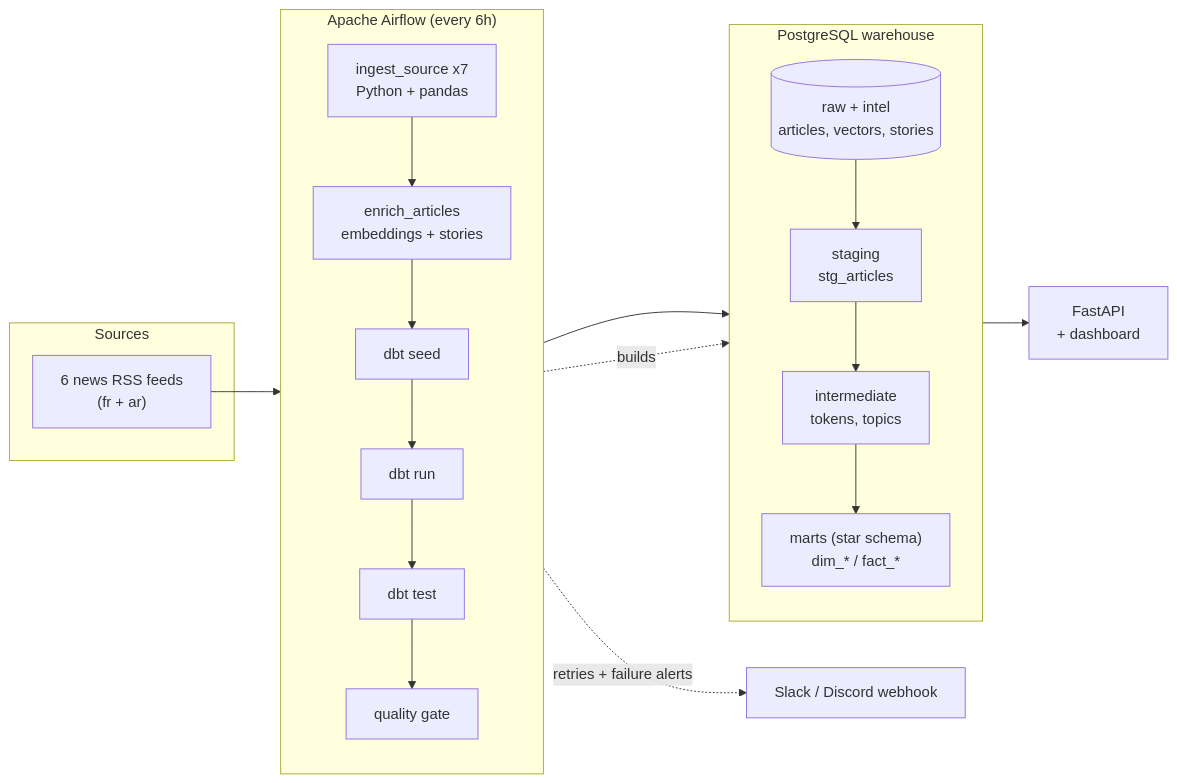
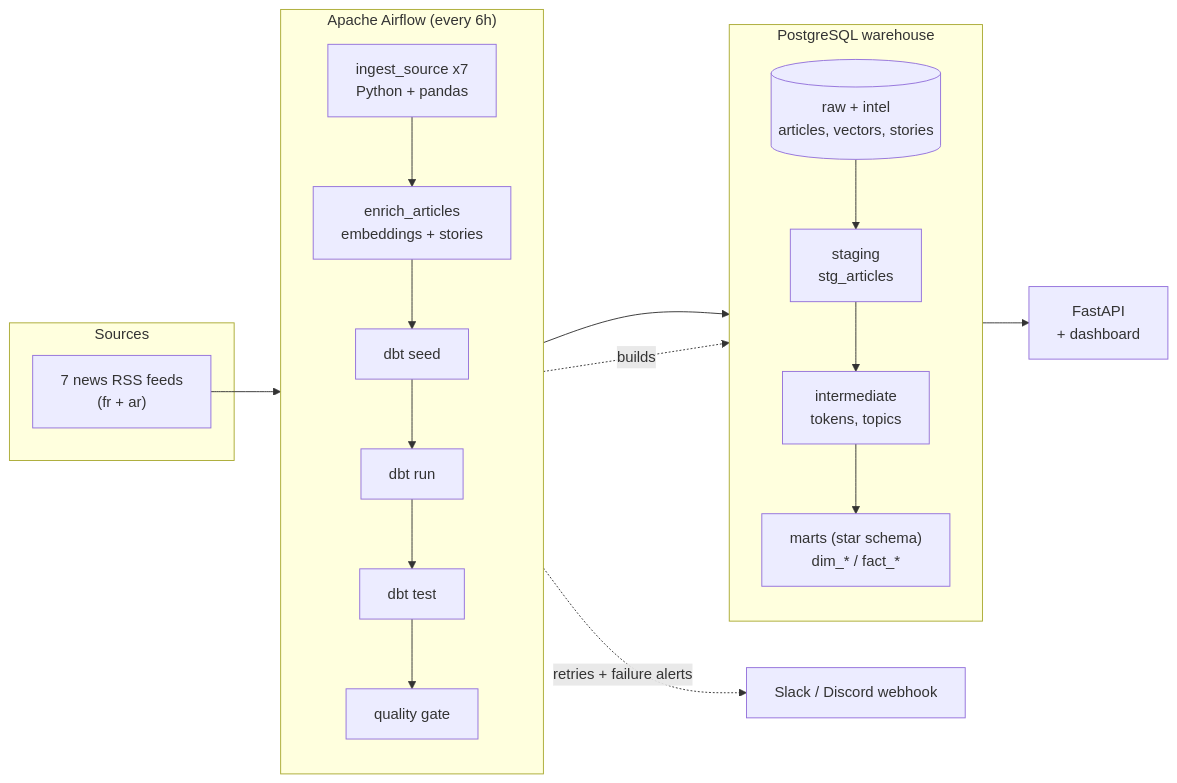
One commit to AbidZakaria/dz-news-pulse changed the diagram in README.md. Above: the diagram before and after it, drawn with Mermaid. The commit also changed other lines of this file and 35 other files, not shown here.

````diff
--- a/README.md
+++ b/README.md
@@ -66,22 +96,22 @@
 ```mermaid
 flowchart LR
     subgraph Sources
-        RSS["6 news RSS feeds<br/>(fr + ar)"]
+        RSS["7 news RSS feeds<br/>(fr + ar)"]
     end
 
     subgraph Airflow["Apache Airflow (every 6h)"]
         direction TB
         I["ingest_source x7<br/>Python + pandas"] --> E["enrich_articles<br/>embeddings + stories"] --> S["dbt seed"] --> R["dbt run"] --> T["dbt test"] --> Q["quality gate"]
     end
 
     subgraph PG["PostgreSQL warehouse"]
         direction TB
         RAW[("raw + intel<br/>articles, vectors, stories")] --> STG["staging<br/>stg_articles"] --> INT["intermediate<br/>tokens, topics"] --> MART["marts (star schema)<br/>dim_* / fact_*"]
     end
 
     RSS --> I
     I --> RAW
     R -. builds .-> STG
     MART --> API["FastAPI<br/>+ dashboard"]
     Airflow -. "retries + failure alerts" .-> ALERT["Slack / Discord webhook"]
 ```
````
